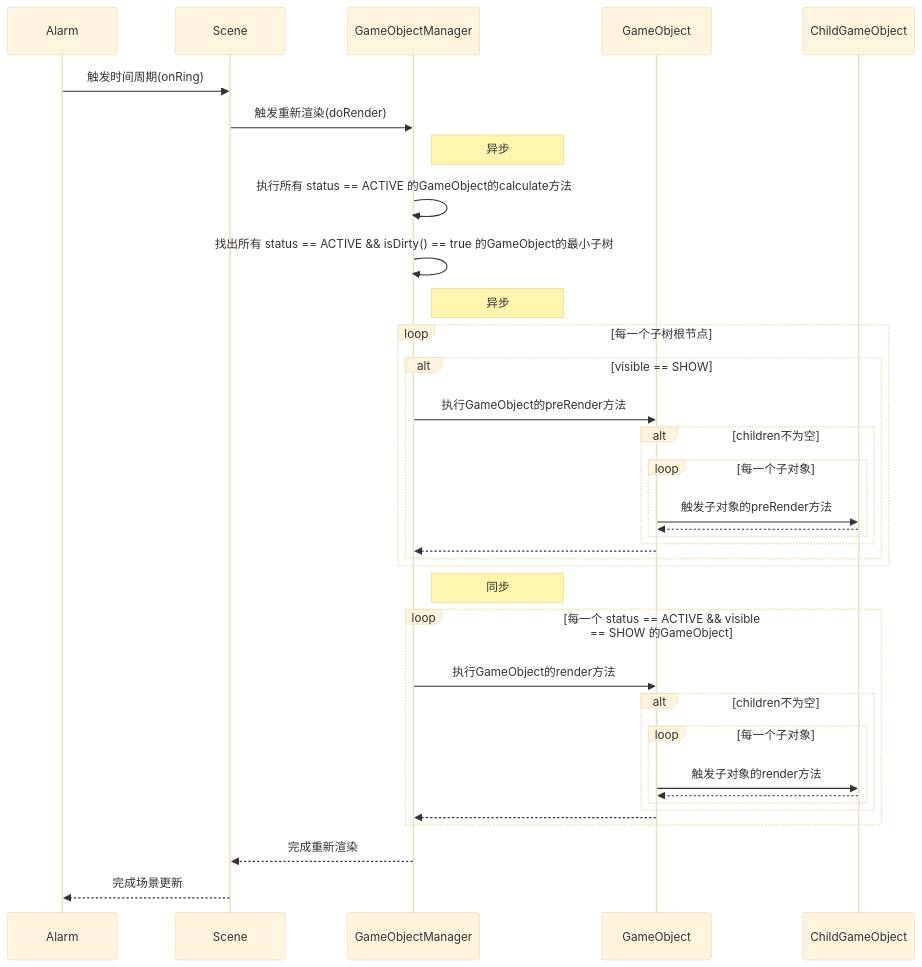
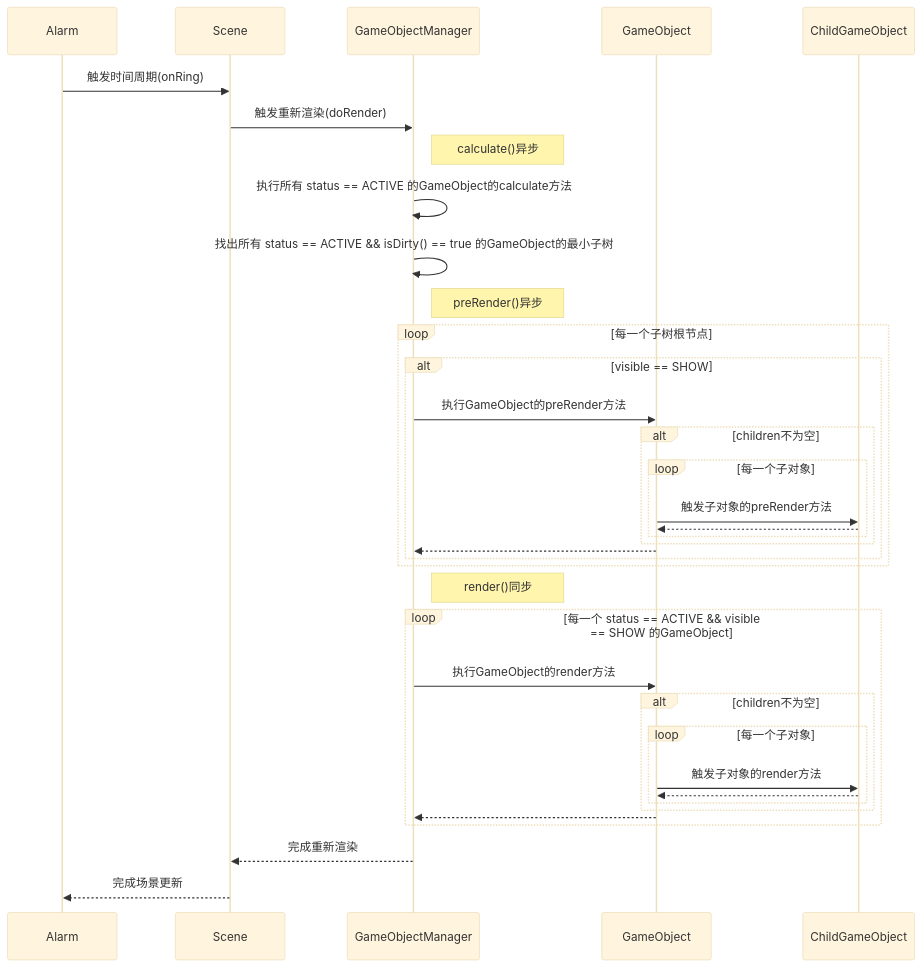
One commit to S3S3L/yggdrasil changed the diagram in yggdrasil-game/doc/processes/EveryFrame.md. Above: the diagram before and after it, drawn with Mermaid (base theme). The commit also changed 78 other files, not shown here.

````diff
--- a/yggdrasil-game/doc/processes/EveryFrame.md
+++ b/yggdrasil-game/doc/processes/EveryFrame.md
@@ -1,34 +1,34 @@
 ``` mermaid
 sequenceDiagram
     Alarm ->> Scene: 触发时间周期(onRing)
     Scene ->> GameObjectManager: 触发重新渲染(doRender)
-    Note right of GameObjectManager: 异步
+    Note right of GameObjectManager: calculate()异步
     GameObjectManager ->> GameObjectManager: 执行所有 status == ACTIVE 的GameObject的calculate方法
     GameObjectManager ->> GameObjectManager: 找出所有 status == ACTIVE && isDirty() == true 的GameObject的最小子树
-    Note right of GameObjectManager: 异步
+    Note right of GameObjectManager: preRender()异步
     loop 每一个子树根节点
         alt visible == SHOW
             GameObjectManager ->> GameObject: 执行GameObject的preRender方法
             alt children不为空
                 loop 每一个子对象
                     GameObject ->> ChildGameObject: 触发子对象的preRender方法
                     ChildGameObject -->> GameObject:
                 end
             end 
             GameObject -->> GameObjectManager: 
         end
     end
-    Note right of GameObjectManager: 同步
+    Note right of GameObjectManager: render()同步
     loop 每一个 status == ACTIVE && visible == SHOW 的GameObject
         GameObjectManager ->> GameObject: 执行GameObject的render方法
         alt children不为空
             loop 每一个子对象
                 GameObject ->> ChildGameObject: 触发子对象的render方法
                 ChildGameObject -->> GameObject:
             end
         end 
         GameObject -->> GameObjectManager:
     end
     GameObjectManager -->> Scene: 完成重新渲染
     Scene -->> Alarm: 完成场景更新
 ```
````
